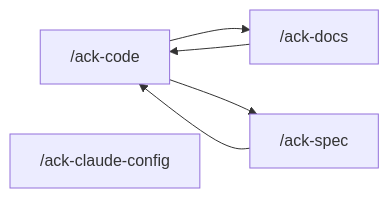
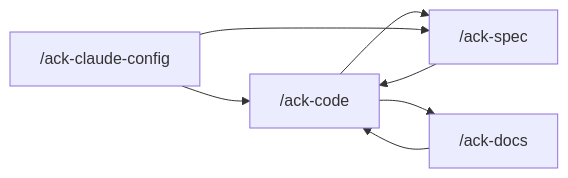
The diagram in .claude/CLAUDE.md (andrechristikan/ack-nestjs-boilerplate), drawn with Mermaid before and after one commit. The commit also changed other lines of this file and 139 other files, not shown here.

````diff
--- a/.claude/CLAUDE.md
+++ b/.claude/CLAUDE.md
@@ -121,8 +121,9 @@
 ```mermaid
 flowchart LR
   code["/ack-code"] --> docs["/ack-docs"]
   code --> spec["/ack-spec"]
   spec --> code
   docs --> code
-  config["/ack-claude-config"]
+  config["/ack-claude-config"] --> spec
+  config --> code
 ```
````
